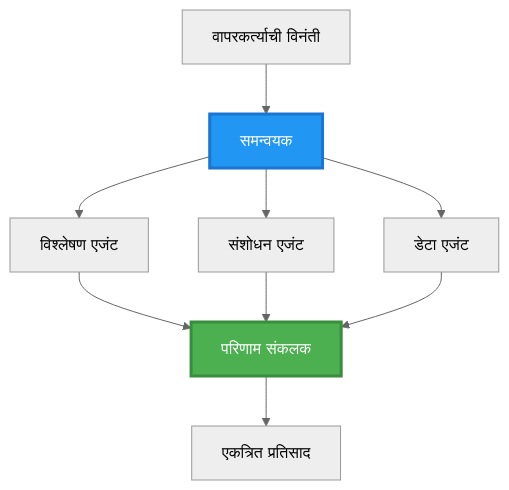
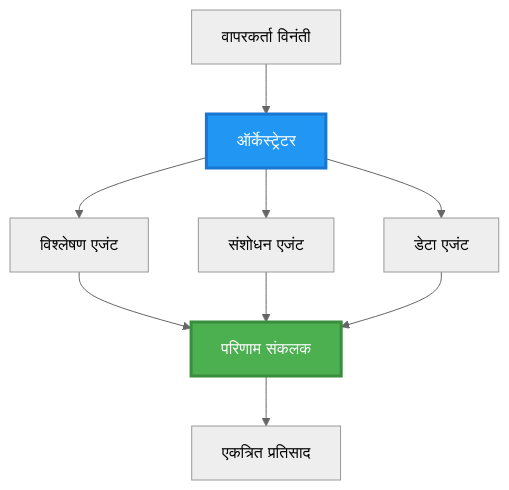
Before and after one commit to microsoft/AZD-for-beginners: the second of 6 diagrams in translations/mr/docs/chapter-06-pre-deployment/coordination-patterns.md, drawn with Mermaid (neutral theme). The commit also changed other lines of this file and 101 other files, not shown here.

````diff
--- a/translations/mr/docs/chapter-06-pre-deployment/coordination-patterns.md
+++ b/translations/mr/docs/chapter-06-pre-deployment/coordination-patterns.md
@@ -106,22 +100,22 @@
 ```mermaid
 graph TB
-    User[वापरकर्त्याची विनंती]
-    Orchestrator[समन्वयक]
+    User[वापरकर्ता विनंती]
+    Orchestrator[ऑर्केस्ट्रेटर]
     Agent1[विश्लेषण एजंट]
     Agent2[संशोधन एजंट]
     Agent3[डेटा एजंट]
     Aggregator[परिणाम संकलक]
     Response[एकत्रित प्रतिसाद]
     
     User --> Orchestrator
     Orchestrator --> Agent1
     Orchestrator --> Agent2
     Orchestrator --> Agent3
     Agent1 --> Aggregator
     Agent2 --> Aggregator
     Agent3 --> Aggregator
     Aggregator --> Response
     
     style Orchestrator fill:#2196F3,stroke:#1976D2,stroke-width:3px,color:#fff
     style Aggregator fill:#4CAF50,stroke:#388E3C,stroke-width:3px,color:#fff
 ```
````
